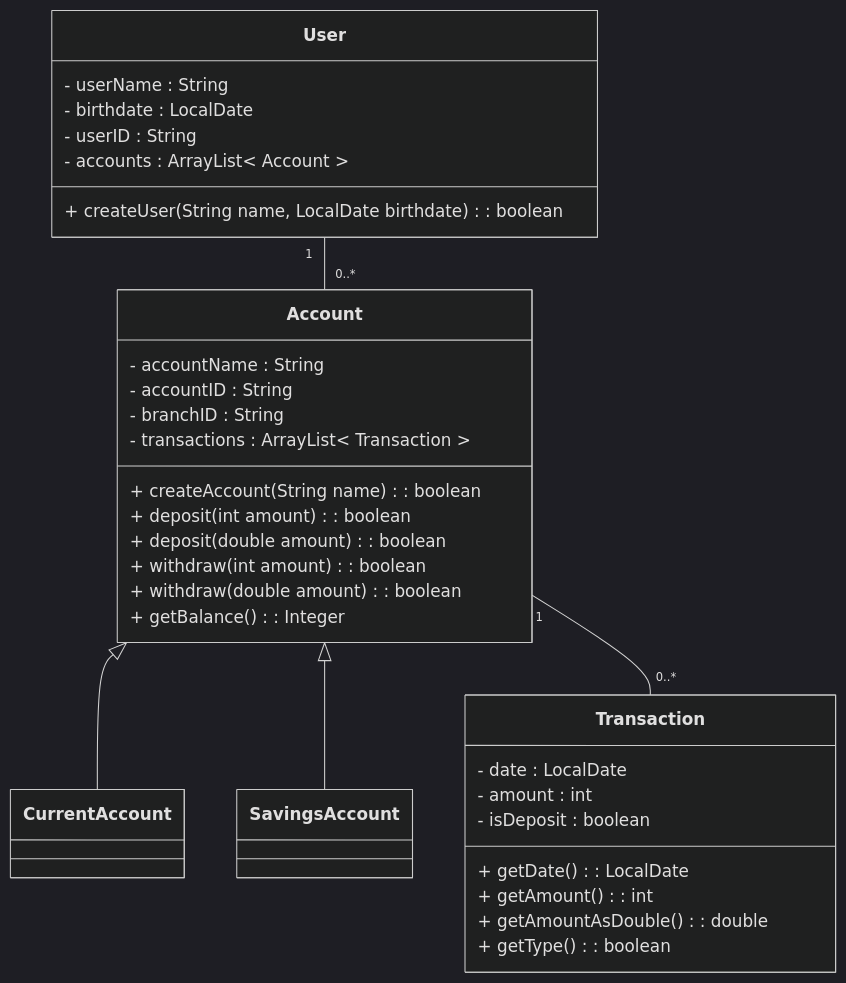
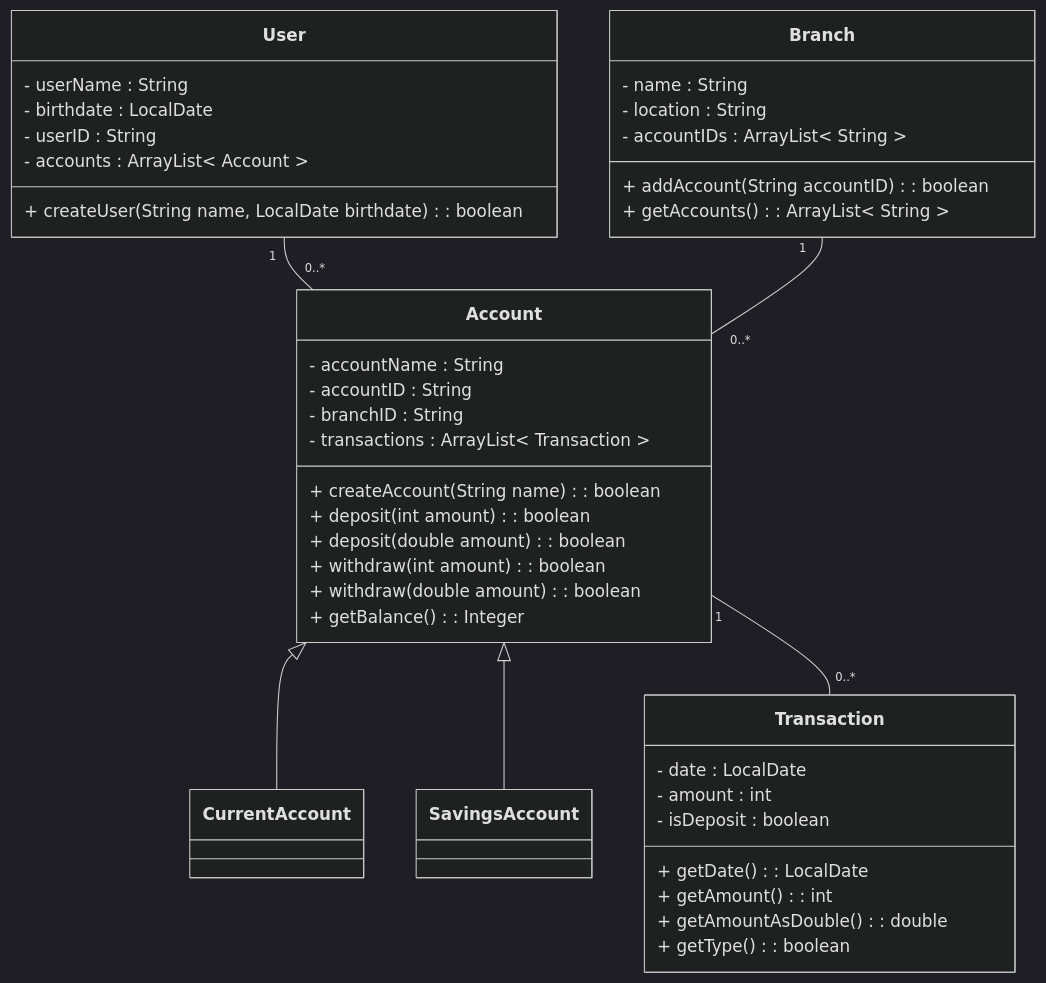
Before and after one commit to boolean-uk/java-tdd-oop-bank-challenge: the diagram in class-diagram.md, drawn with Mermaid (dark theme).

Commit message:
Extension 2 class diagram

`````diff
--- a/class-diagram.md
+++ b/class-diagram.md
@@ -1,42 +1,50 @@
 ````mermaid
 classDiagram
     class User{
         - userName : String
         - birthdate : LocalDate
         - userID : String
         - accounts : ArrayList< Account >
         + createUser(String name, LocalDate birthdate) : boolean
     }
     class Account{
         - accountName : String
         - accountID : String
         - branchID : String
         - transactions : ArrayList< Transaction >
         + createAccount(String name) : boolean
         + deposit(int amount) : boolean
         + deposit(double amount) : boolean
         + withdraw(int amount) : boolean
         + withdraw(double amount) : boolean
         + getBalance() : Integer
     }
     class CurrentAccount{
         
     }
     class SavingsAccount{
         
     }
     class Transaction{
         - date : LocalDate
         - amount : int
         - isDeposit : boolean
         + getDate() : LocalDate
         + getAmount() : int
         + getAmountAsDouble() : double
         + getType() : boolean
     }
+    class Branch{
+        - name : String
+        - location : String
+        - accountIDs : ArrayList< String >
+        + addAccount(String accountID) : boolean
+        + getAccounts() : ArrayList< String >
+    }
     
     Account <|-- CurrentAccount
     Account <|-- SavingsAccount
     Account "1"--"0..*" Transaction 
     User "1" -- "0..*" Account
+    Branch "1" -- "0..*" Account
 ````
`````
